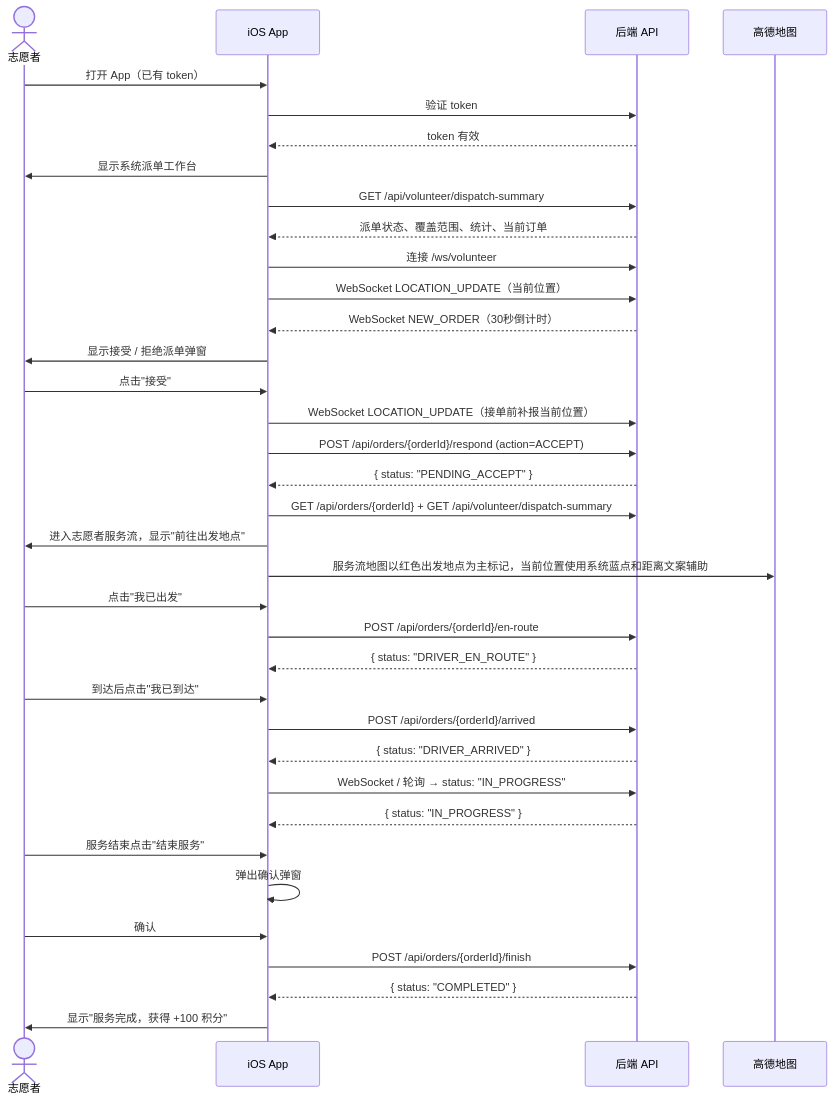
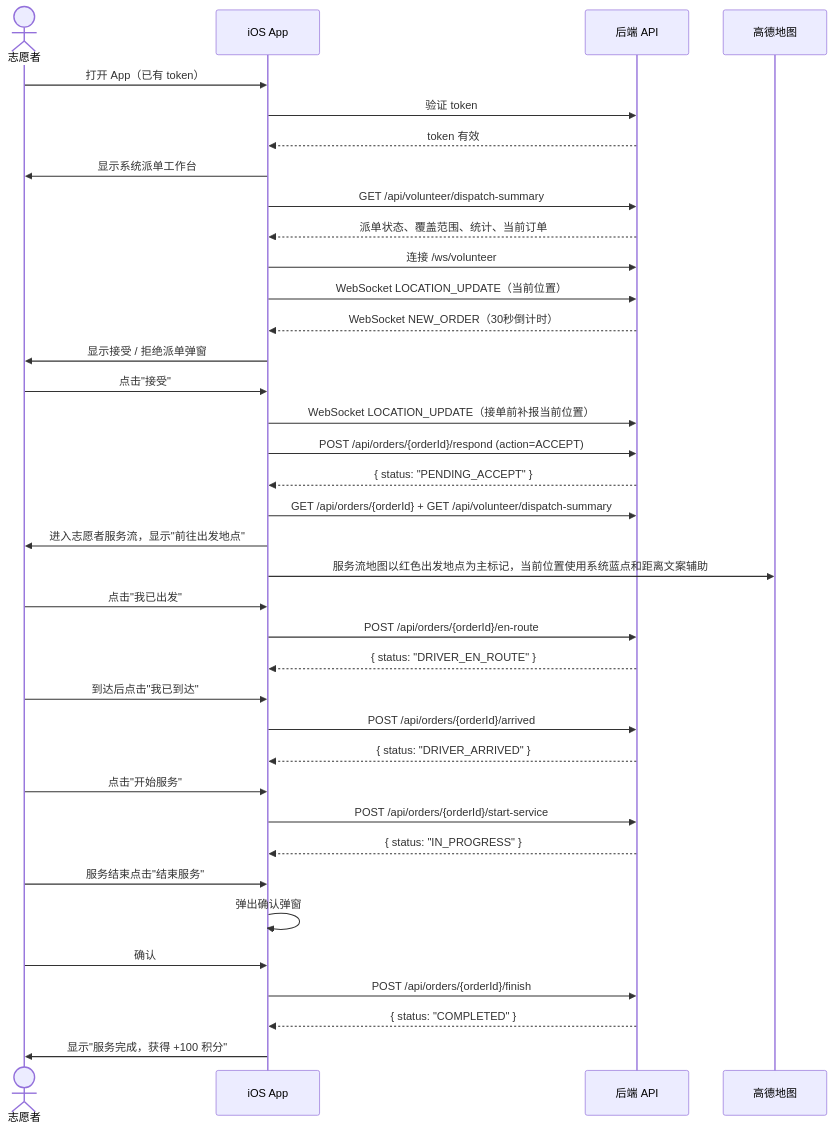
Before and after one commit to Jayden23018/blind-run-ios: the fourth of 7 diagrams in docs/04-user-flows-and-state-machine.md, drawn with Mermaid. The commit also changed other lines of this file and 30 other files, not shown here.

Commit message:
Add volunteer start-service flow

````diff
--- a/docs/04-user-flows-and-state-machine.md
+++ b/docs/04-user-flows-and-state-machine.md
@@ -186,44 +188,45 @@
 ```mermaid
 sequenceDiagram
     actor VOL as 志愿者
     participant App as iOS App
     participant API as 后端 API
     participant AMap as 高德地图
 
     VOL->>App: 打开 App（已有 token）
     App->>API: 验证 token
     API-->>App: token 有效
     App->>VOL: 显示系统派单工作台
     App->>API: GET /api/volunteer/dispatch-summary
     API-->>App: 派单状态、覆盖范围、统计、当前订单
     App->>API: 连接 /ws/volunteer
     App->>API: WebSocket LOCATION_UPDATE（当前位置）
     API-->>App: WebSocket NEW_ORDER（30秒倒计时）
     App->>VOL: 显示接受 / 拒绝派单弹窗
 
     VOL->>App: 点击"接受"
     App->>API: WebSocket LOCATION_UPDATE（接单前补报当前位置）
     App->>API: POST /api/orders/{orderId}/respond (action=ACCEPT)
     API-->>App: { status: "PENDING_ACCEPT" }
     App->>API: GET /api/orders/{orderId} + GET /api/volunteer/dispatch-summary
     App->>VOL: 进入志愿者服务流，显示"前往出发地点"
     App->>AMap: 服务流地图以红色出发地点为主标记，当前位置使用系统蓝点和距离文案辅助
 
     VOL->>App: 点击"我已出发"
     App->>API: POST /api/orders/{orderId}/en-route
     API-->>App: { status: "DRIVER_EN_ROUTE" }
 
     VOL->>App: 到达后点击"我已到达"
     App->>API: POST /api/orders/{orderId}/arrived
     API-->>App: { status: "DRIVER_ARRIVED" }
 
-    App->>API: WebSocket / 轮询 → status: "IN_PROGRESS"
+    VOL->>App: 点击"开始服务"
+    App->>API: POST /api/orders/{orderId}/start-service
     API-->>App: { status: "IN_PROGRESS" }
 
     VOL->>App: 服务结束点击"结束服务"
     App->>App: 弹出确认弹窗
     VOL->>App: 确认
     App->>API: POST /api/orders/{orderId}/finish
     API-->>App: { status: "COMPLETED" }
     App->>VOL: 显示"服务完成，获得 +100 积分"
 ```
````
